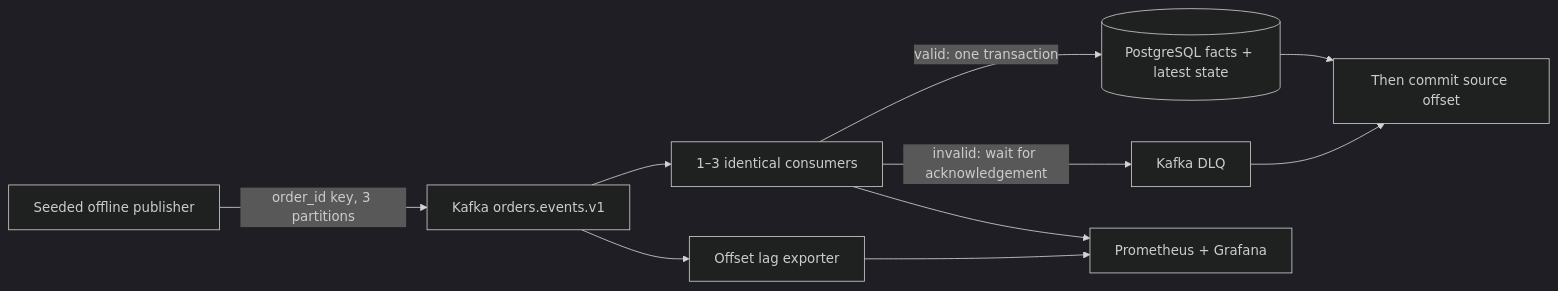
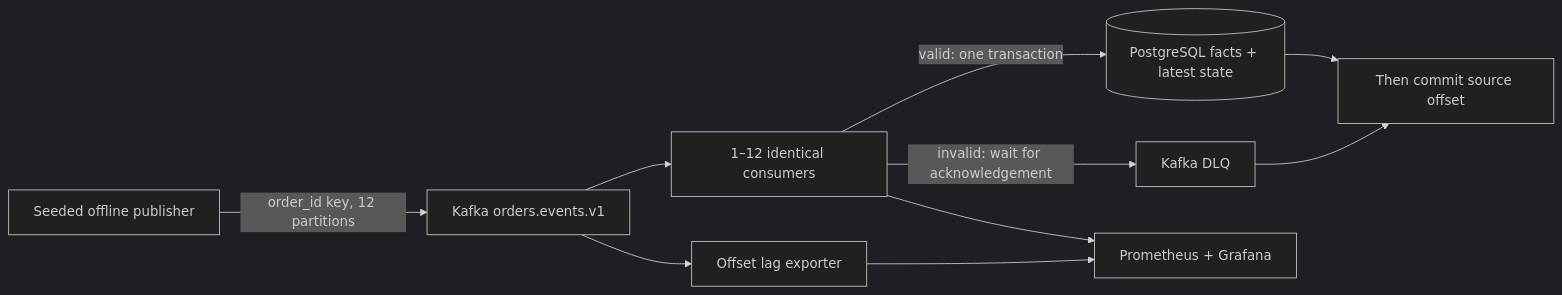
Before and after one commit to 1amKhush/StreamScale: the diagram in docs/presentation.md, drawn with Mermaid (dark theme). The commit also changed other lines of this file and 69 other files, not shown here.

````diff
--- a/docs/presentation.md
+++ b/docs/presentation.md
@@ -9,12 +9,12 @@
 ```mermaid
 flowchart LR
-    G[Seeded offline publisher] -->|order_id key, 3 partitions| K[Kafka orders.events.v1]
-    K --> C[1–3 identical consumers]
+    G[Seeded offline publisher] -->|order_id key, 12 partitions| K[Kafka orders.events.v1]
+    K --> C[1–12 identical consumers]
     C -->|valid: one transaction| D[(PostgreSQL facts + latest state)]
     C -->|invalid: wait for acknowledgement| Q[Kafka DLQ]
     D --> O[Then commit source offset]
     Q --> O
     K --> E[Offset lag exporter]
     C --> P[Prometheus + Grafana]
     E --> P
 ```
````
